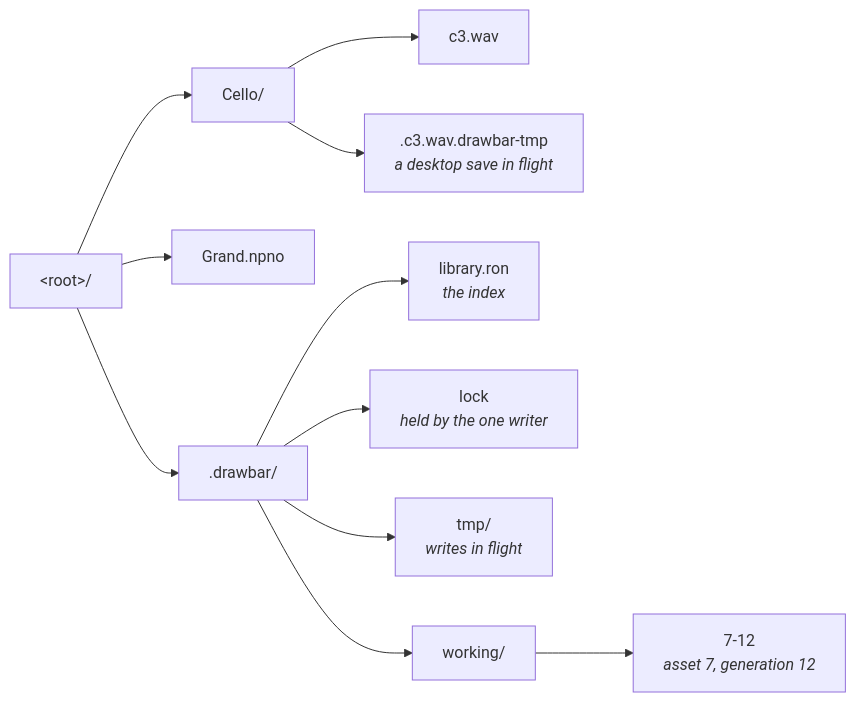
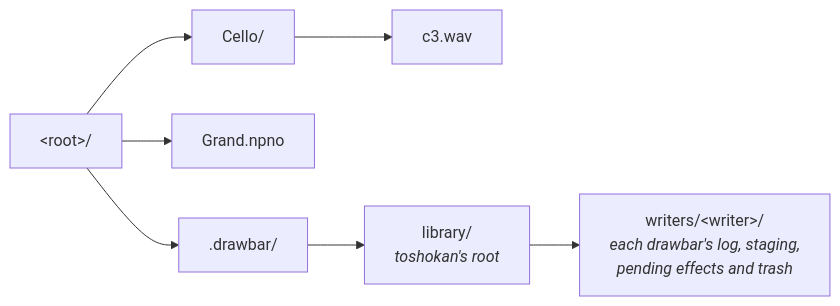
Before and after one commit to jmoo/drawbar: the first of 3 diagrams in docs/src/reference/data-model.md, drawn with Mermaid. The commit also changed other lines of this file and 3 other files, not shown here.

First line of the commit message:
docs(drawbar): describe the library as toshokan keeps it

````diff
--- a/docs/src/reference/data-model.md
+++ b/docs/src/reference/data-model.md
@@ -31,14 +35,10 @@
 ```mermaid
 flowchart LR
     root["&lt;root&gt;/"]
     root --> sidecar[".drawbar/"]
     root --> grand["Grand.npno"]
     root --> cello["Cello/"]
     cello --> c3["c3.wav"]
-    cello --> temp[".c3.wav.drawbar-tmp<br/><i>a desktop save in flight</i>"]
-    sidecar --> index["library.ron<br/><i>the index</i>"]
-    sidecar --> lock["lock<br/><i>held by the one writer</i>"]
-    sidecar --> tmp["tmp/<br/><i>writes in flight</i>"]
-    sidecar --> working["working/"]
-    working --> copy["7-12<br/><i>asset 7, generation 12</i>"]
+    sidecar --> library["library/<br/><i>toshokan's root</i>"]
+    library --> writers["writers/&lt;writer&gt;/<br/><i>each drawbar's log, staging,<br/>pending effects and trash</i>"]
 ```
````
